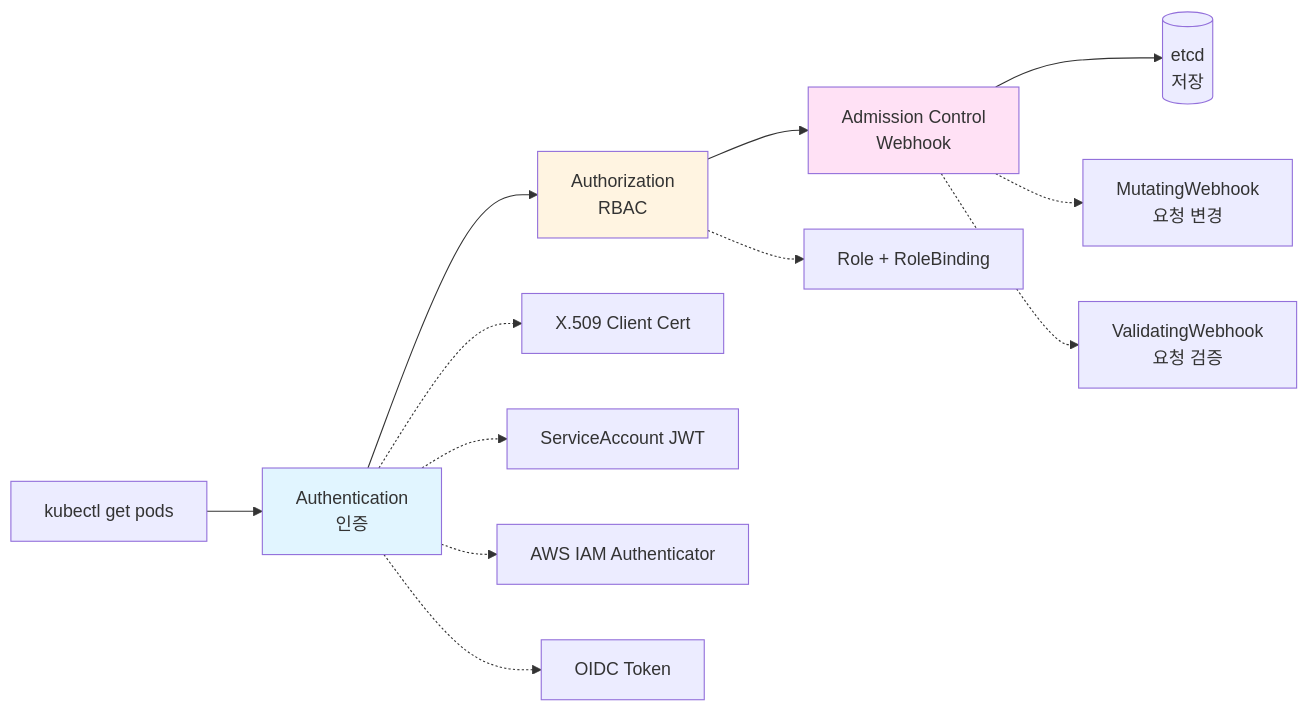
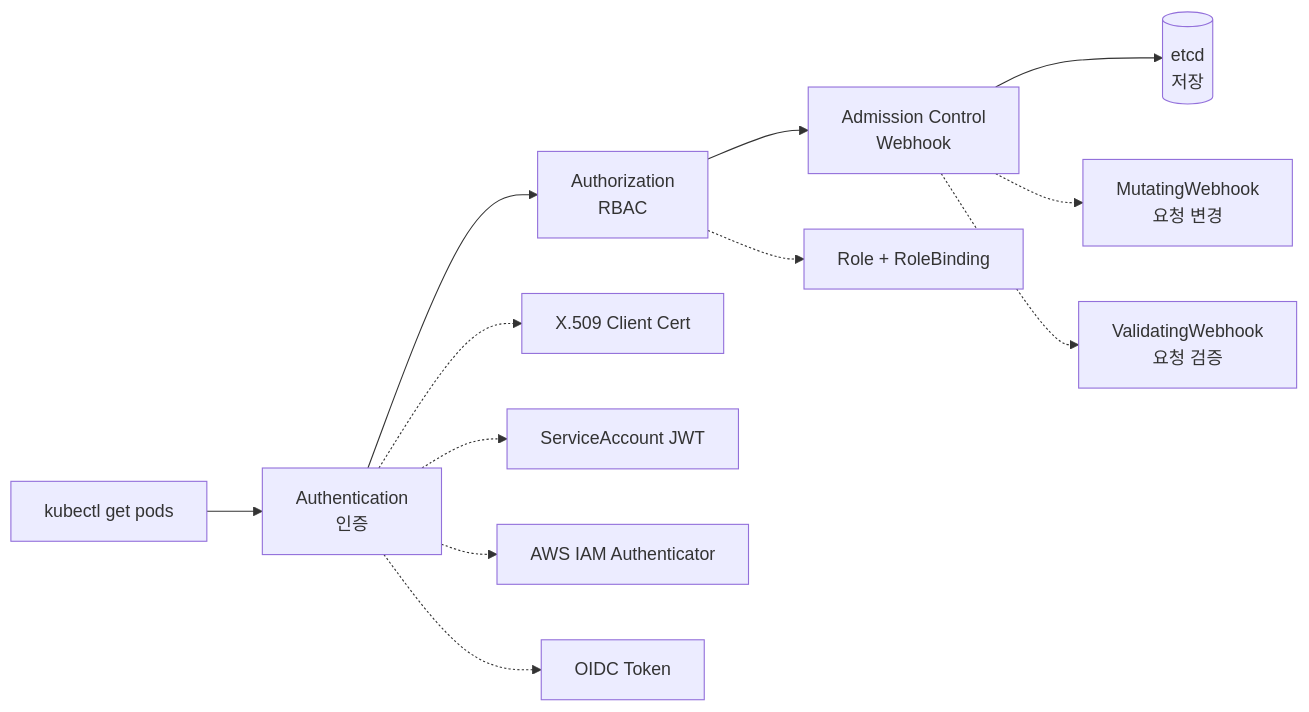
Before and after one commit to juwon8891/juwon8891.github.io: the tenth of 16 diagrams in docs/eks/week4-authn-authz.md, drawn with Mermaid. The commit also changed other lines of this file and 18 other files, not shown here.

Commit message:
Remove bright colors from Mermaid diagrams for dark mode compatibility

````diff
--- a/docs/eks/week4-authn-authz.md
+++ b/docs/eks/week4-authn-authz.md
@@ -614,21 +598,18 @@
 ```mermaid
 graph LR
     Request[kubectl get pods] --> AuthN[Authentication<br/>인증]
     AuthN --> AuthZ[Authorization<br/>RBAC]
     AuthZ --> Admission[Admission Control<br/>Webhook]
     Admission --> etcd[(etcd<br/>저장)]
 
     AuthN -.-> X509[X.509 Client Cert]
     AuthN -.-> SA[ServiceAccount JWT]
     AuthN -.-> IAM[AWS IAM Authenticator]
     AuthN -.-> OIDC[OIDC Token]
 
     AuthZ -.-> RBAC[Role + RoleBinding]
 
     Admission -.-> Mutating[MutatingWebhook<br/>요청 변경]
     Admission -.-> Validating[ValidatingWebhook<br/>요청 검증]
 
-    style AuthN fill:#e1f5ff
-    style AuthZ fill:#fff4e1
-    style Admission fill:#ffe1f5
 ```
````
